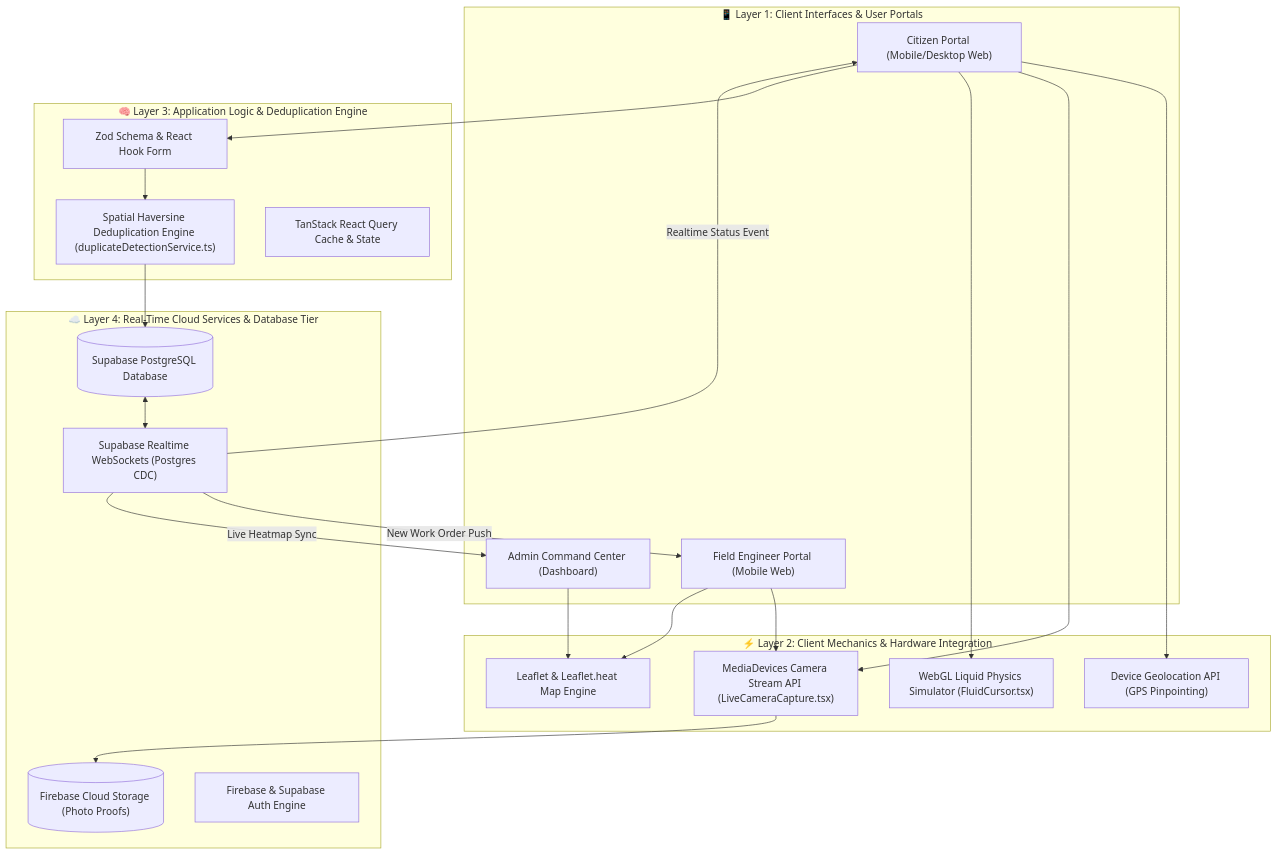
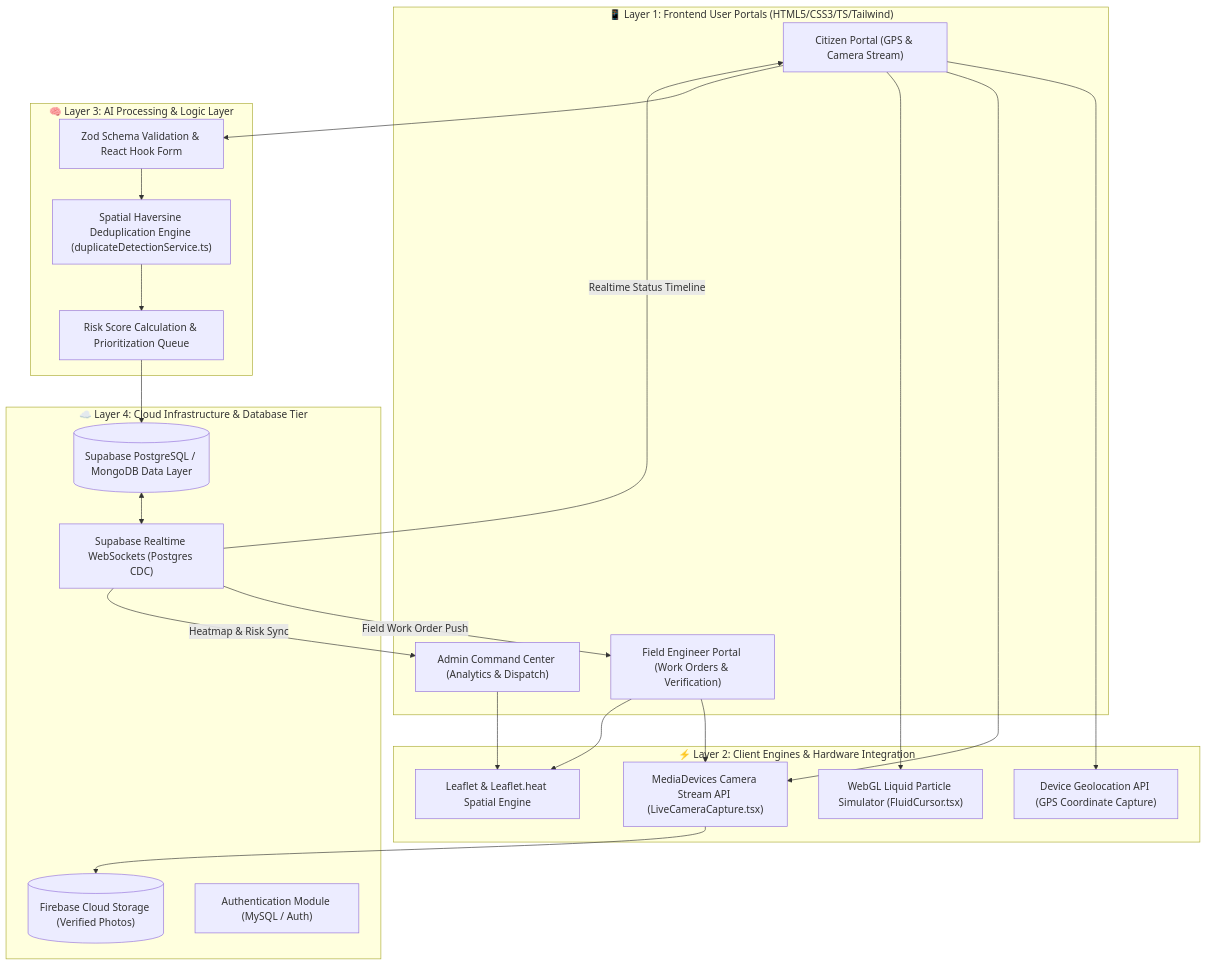
The first of 2 diagrams in README.md (Parthh1002/Aapno-Rasto), drawn with Mermaid before and after one commit. The commit also changed other lines of this file and 1 other file, not shown here.

Commit message:
docs: add official ImpactThon project presentation and update README with team details and system architecture overview

````diff
--- a/README.md
+++ b/README.md
@@ -35,47 +149,48 @@
 ```mermaid
 graph TD
-    subgraph Presentation_Layer["📱 Layer 1: Client Interfaces & User Portals"]
-        CP["Citizen Portal (Mobile/Desktop Web)"]
-        EP["Field Engineer Portal (Mobile Web)"]
-        AP["Admin Command Center (Dashboard)"]
+    subgraph Layer1["📱 Layer 1: Frontend User Portals (HTML5/CSS3/TS/Tailwind)"]
+        CP["Citizen Portal (GPS & Camera Stream)"]
+        EP["Field Engineer Portal (Work Orders & Verification)"]
+        AP["Admin Command Center (Analytics & Dispatch)"]
     end
 
-    subgraph Client_Engines["⚡ Layer 2: Client Mechanics & Hardware Integration"]
-        WebGL["WebGL Liquid Physics Simulator (FluidCursor.tsx)"]
+    subgraph Layer2["⚡ Layer 2: Client Engines & Hardware Integration"]
+        WebGL["WebGL Liquid Particle Simulator (FluidCursor.tsx)"]
         CamAPI["MediaDevices Camera Stream API (LiveCameraCapture.tsx)"]
-        GeoAPI["Device Geolocation API (GPS Pinpointing)"]
-        MapRender["Leaflet & Leaflet.heat Map Engine"]
+        GeoAPI["Device Geolocation API (GPS Coordinate Capture)"]
+        MapRender["Leaflet & Leaflet.heat Spatial Engine"]
     end
 
-    subgraph Logic_Layer["🧠 Layer 3: Application Logic & Deduplication Engine"]
+    subgraph Layer3["🧠 Layer 3: AI Processing & Logic Layer"]
         Haversine["Spatial Haversine Deduplication Engine (duplicateDetectionService.ts)"]
-        ReactQuery["TanStack React Query Cache & State"]
-        FormVal["Zod Schema & React Hook Form"]
+        RiskEngine["Risk Score Calculation & Prioritization Queue"]
+        FormVal["Zod Schema Validation & React Hook Form"]
     end
 
-    subgraph Cloud_Backend["☁️ Layer 4: Real-Time Cloud Services & Database Tier"]
-        SupaDB[("Supabase PostgreSQL Database")]
+    subgraph Layer4["☁️ Layer 4: Cloud Infrastructure & Database Tier"]
+        SupaDB[("Supabase PostgreSQL / MongoDB Data Layer")]
         SupaRT["Supabase Realtime WebSockets (Postgres CDC)"]
-        FbStore[("Firebase Cloud Storage (Photo Proofs)")]
-        FbAuth["Firebase & Supabase Auth Engine"]
+        FbStore[("Firebase Cloud Storage (Verified Photos)")]
+        FbAuth["Authentication Module (MySQL / Auth)"]
     end
 
     CP --> GeoAPI
     CP --> CamAPI
     CP --> WebGL
     CP --> FormVal
 
     EP --> CamAPI
     EP --> MapRender
 
     AP --> MapRender
 
     FormVal --> Haversine
-    Haversine --> SupaDB
+    Haversine --> RiskEngine
+    RiskEngine --> SupaDB
     CamAPI --> FbStore
 
     SupaDB <--> SupaRT
-    SupaRT -->|Realtime Status Event| CP
-    SupaRT -->|New Work Order Push| EP
-    SupaRT -->|Live Heatmap Sync| AP
+    SupaRT -->|Realtime Status Timeline| CP
+    SupaRT -->|Field Work Order Push| EP
+    SupaRT -->|Heatmap & Risk Sync| AP
 ```
````
